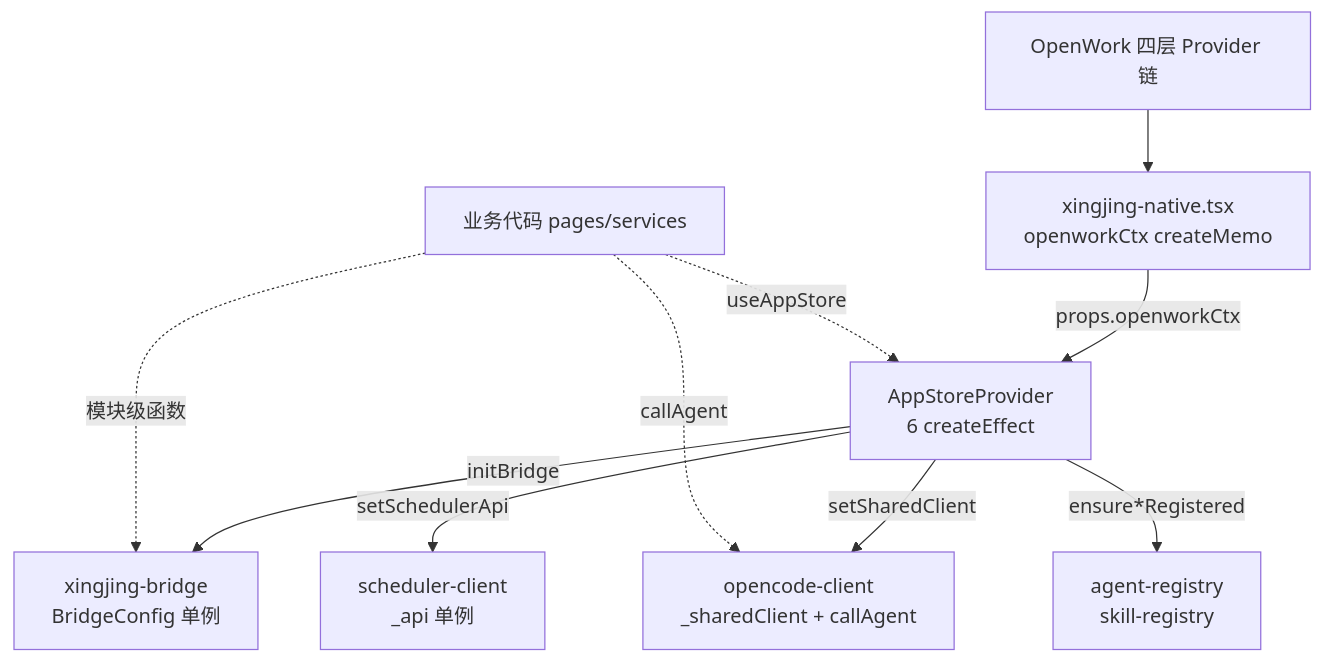
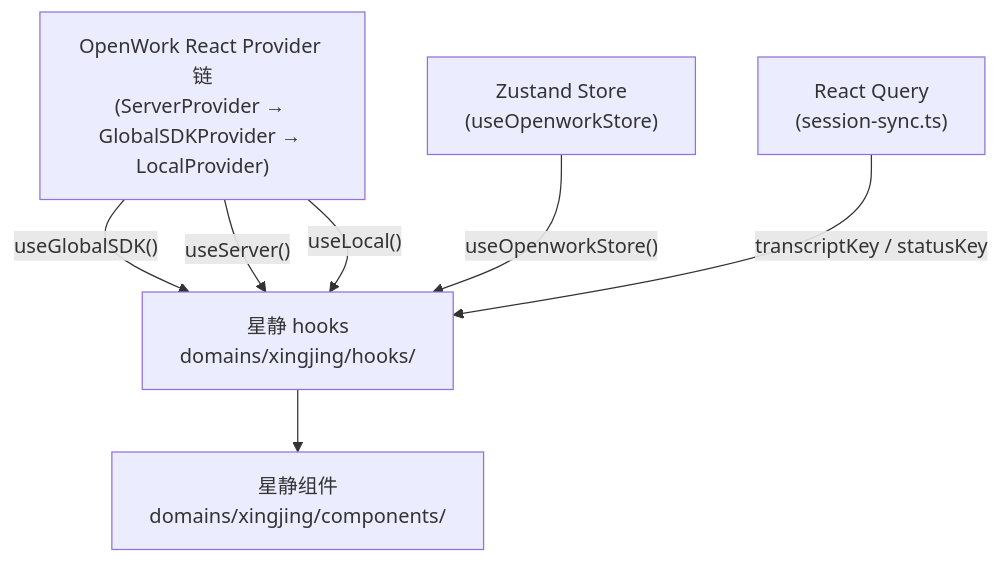
The first of 3 diagrams in docs/06-openwork-bridge-contract.md (kaka89/harnesswork), drawn with Mermaid before and after one commit. The commit also changed other lines of this file and 18 other files, not shown here.

````diff
--- a/docs/06-openwork-bridge-contract.md
+++ b/docs/06-openwork-bridge-contract.md
@@ -46,21 +37,16 @@
 ```mermaid
 graph TB
-    OW[OpenWork 四层 Provider 链]
-    XN["xingjing-native.tsx<br/>openworkCtx createMemo"]
-    AP["AppStoreProvider<br/>6 createEffect"]
-    BR["xingjing-bridge<br/>BridgeConfig 单例"]
-    OC["opencode-client<br/>_sharedClient + callAgent"]
-    SC["scheduler-client<br/>_api 单例"]
-    AR["agent-registry<br/>skill-registry"]
-    BIZ[业务代码 pages/services]
+    OW["OpenWork React Provider 链<br/>(ServerProvider → GlobalSDKProvider → LocalProvider)"]
+    ZS["Zustand Store<br/>(useOpenworkStore)"]
+    RQ["React Query<br/>(session-sync.ts)"]
 
-    OW --> XN
-    XN -- props.openworkCtx --> AP
-    AP -- initBridge --> BR
-    AP -- setSharedClient --> OC
-    AP -- setSchedulerApi --> SC
-    AP -- ensure*Registered --> AR
-    BIZ -. 模块级函数 .-> BR
-    BIZ -. useAppStore .-> AP
-    BIZ -. callAgent .-> OC
+    XH["星静 hooks<br/>domains/xingjing/hooks/"]
+    XC["星静组件<br/>domains/xingjing/components/"]
+
+    OW -- useGlobalSDK() --> XH
+    OW -- useServer() --> XH
+    OW -- useLocal() --> XH
+    ZS -- useOpenworkStore() --> XH
+    RQ -- transcriptKey / statusKey --> XH
+    XH --> XC
 ```
````
